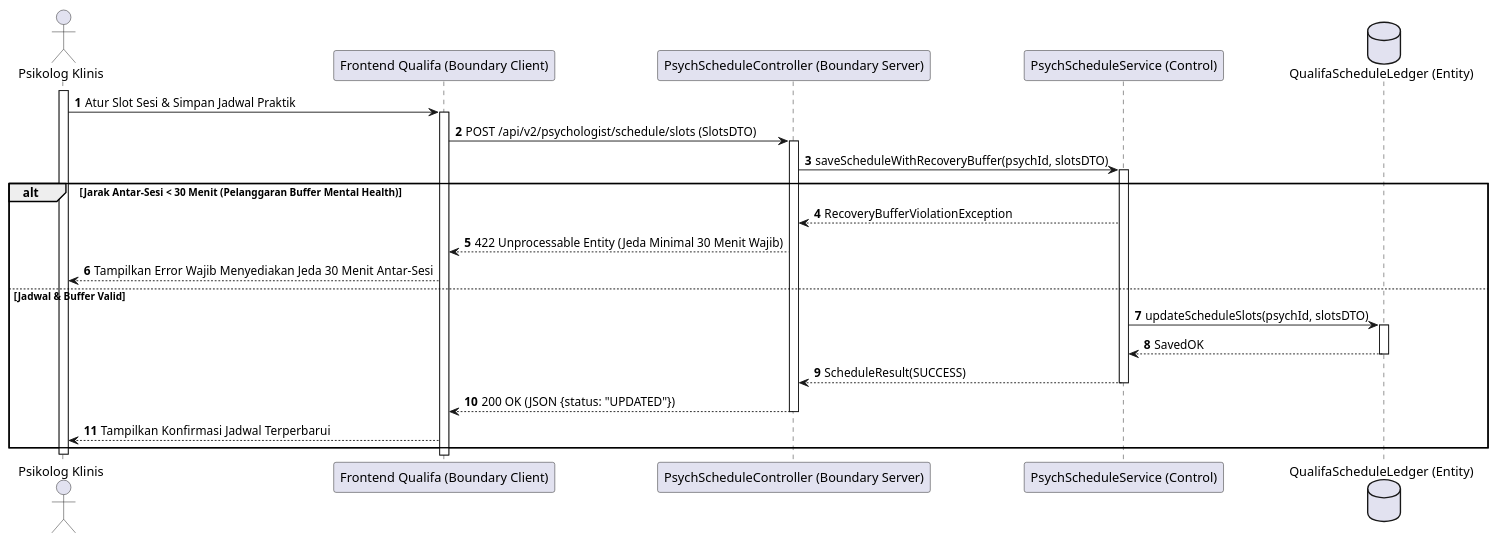
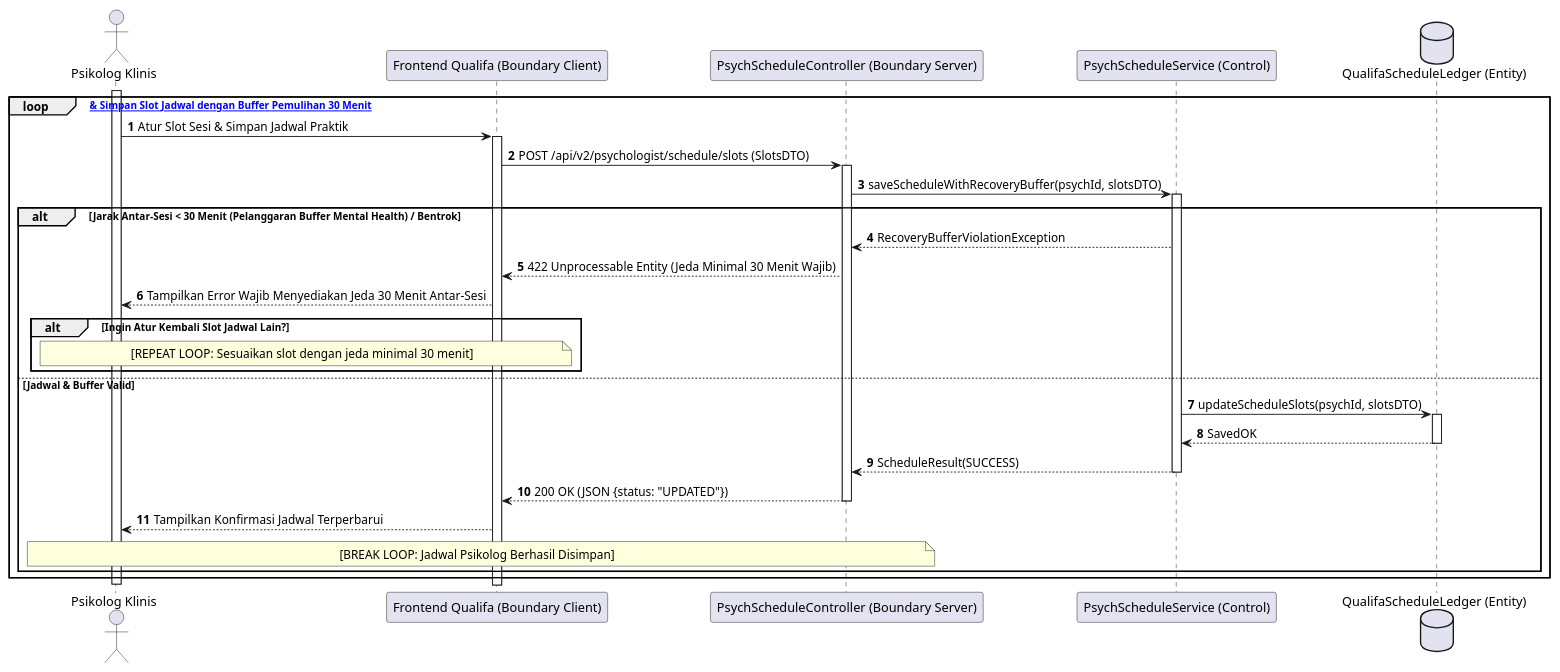
Before and after one commit to tupperwureism/SuperApp-Gagal: diagram 20 of 28 in MarkDown/plantuml_sequence_diagrams.md, drawn with PlantUML. The commit also changed other lines of this file and 1 other file, not shown here.

Commit message:
docs: Deep 1-to-1 logical synchronization across all 28 Sequence Diagrams with AD branches

````diff
--- a/MarkDown/plantuml_sequence_diagrams.md
+++ b/MarkDown/plantuml_sequence_diagrams.md
@@ -1029,28 +1150,34 @@
 ```plantuml
 @startuml
 autonumber
 actor "Psikolog Klinis" as User
 participant "Frontend Qualifa (Boundary Client)" as B_FE
 participant "PsychScheduleController (Boundary Server)" as B_BE
 participant "PsychScheduleService (Control)" as C_Svc
 database "QualifaScheduleLedger (Entity)" as E_DB
 
 activate User
-User -> B_FE ++ : Atur Slot Sesi & Simpan Jadwal Praktik
-B_FE -> B_BE ++ : POST /api/v2/psychologist/schedule/slots (SlotsDTO)
-B_BE -> C_Svc ++ : saveScheduleWithRecoveryBuffer(psychId, slotsDTO)
+loop [Atur & Simpan Slot Jadwal dengan Buffer Pemulihan 30 Menit]
+    User -> B_FE ++ : Atur Slot Sesi & Simpan Jadwal Praktik
+    B_FE -> B_BE ++ : POST /api/v2/psychologist/schedule/slots (SlotsDTO)
+    B_BE -> C_Svc ++ : saveScheduleWithRecoveryBuffer(psychId, slotsDTO)
 
-alt Jarak Antar-Sesi < 30 Menit (Pelanggaran Buffer Mental Health)
-    C_Svc --> B_BE : RecoveryBufferViolationException
-    B_BE --> B_FE : 422 Unprocessable Entity (Jeda Minimal 30 Menit Wajib)
-    B_FE --> User : Tampilkan Error Wajib Menyediakan Jeda 30 Menit Antar-Sesi
-else Jadwal & Buffer Valid
-    C_Svc -> E_DB ++ : updateScheduleSlots(psychId, slotsDTO)
-    E_DB --> C_Svc -- : SavedOK
-    C_Svc --> B_BE -- : ScheduleResult(SUCCESS)
-    B_BE --> B_FE -- : 200 OK (JSON {status: "UPDATED"})
-    B_FE --> User : Tampilkan Konfirmasi Jadwal Terperbarui
+    alt Jarak Antar-Sesi < 30 Menit (Pelanggaran Buffer Mental Health) / Bentrok
+        C_Svc --> B_BE : RecoveryBufferViolationException
+        B_BE --> B_FE : 422 Unprocessable Entity (Jeda Minimal 30 Menit Wajib)
+        B_FE --> User : Tampilkan Error Wajib Menyediakan Jeda 30 Menit Antar-Sesi
+        alt Ingin Atur Kembali Slot Jadwal Lain?
+            note over User, B_FE : [REPEAT LOOP: Sesuaikan slot dengan jeda minimal 30 menit]
+        end
+    else Jadwal & Buffer Valid
+        C_Svc -> E_DB ++ : updateScheduleSlots(psychId, slotsDTO)
+        E_DB --> C_Svc -- : SavedOK
+        C_Svc --> B_BE -- : ScheduleResult(SUCCESS)
+        B_BE --> B_FE -- : 200 OK (JSON {status: "UPDATED"})
+        B_FE --> User : Tampilkan Konfirmasi Jadwal Terperbarui
+        note over User, B_BE : [BREAK LOOP: Jadwal Psikolog Berhasil Disimpan]
+    end
 end
 deactivate User
 @enduml
 ```
````
